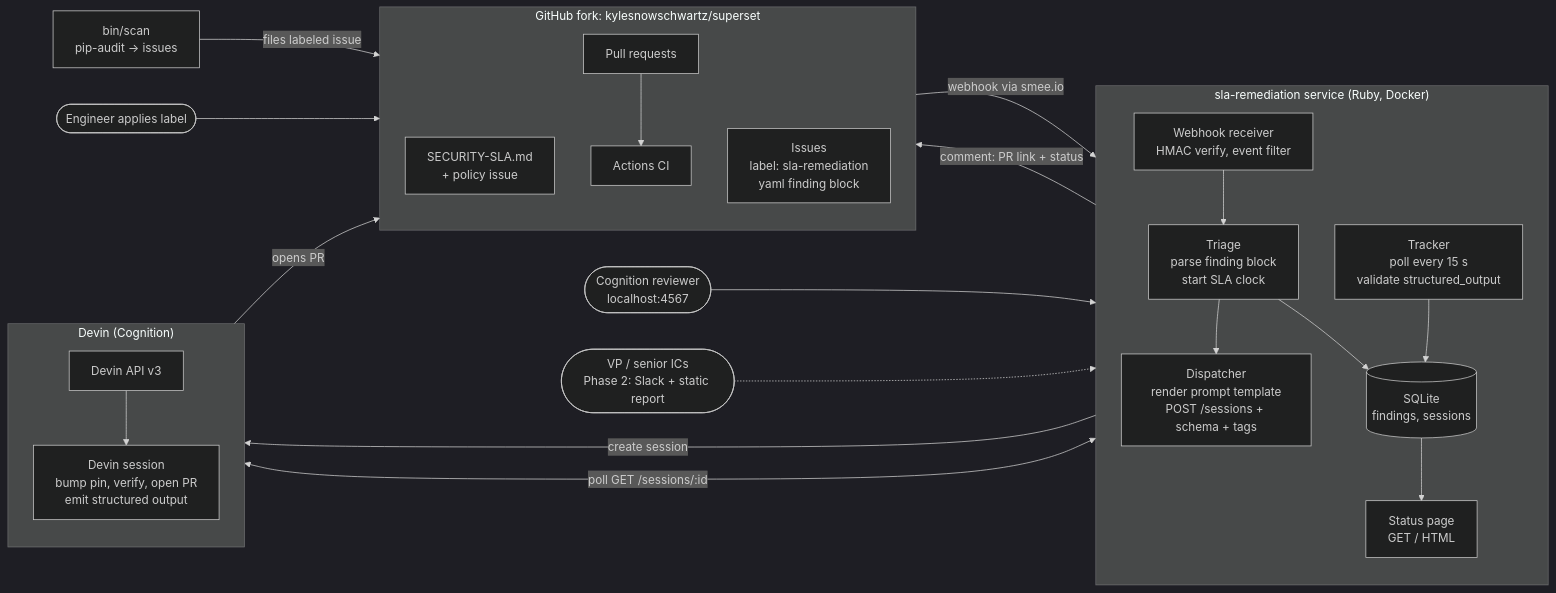
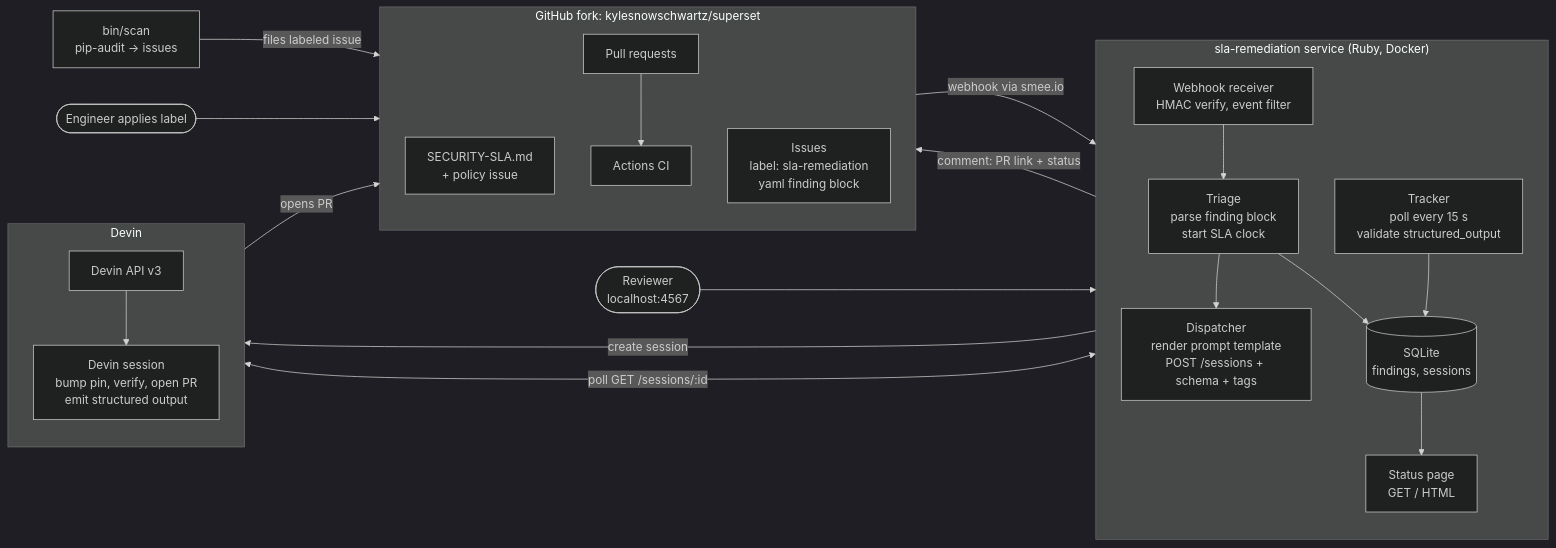
The diagram in docs/architecture.md (kylesnowschwartz/sla-remediation), drawn with Mermaid (dark theme) before and after one commit. The commit also changed other lines of this file and 1 other file, not shown here.

Commit message:
docs: cut the README and architecture doc to what a reader needs (#20)

````diff
--- a/docs/architecture.md
+++ b/docs/architecture.md
@@ -6,42 +5,36 @@
 ```mermaid
 flowchart LR
   subgraph fork["GitHub fork: kylesnowschwartz/superset"]
     direction TB
-    SLA[SECURITY-SLA.md<br/>+ policy issue]
-    ISS[Issues<br/>label: sla-remediation<br/>yaml finding block]
+    SLA[SECURITY-SLA.md<br/>+ policy issue]; ISS[Issues<br/>label: sla-remediation<br/>yaml finding block]
     PR[Pull requests]
-    CI[Actions CI]
-    PR --> CI
+    PR --> CI[Actions CI]
   end
-
   subgraph svc["sla-remediation service (Ruby, Docker)"]
     direction TB
     RX[Webhook receiver<br/>HMAC verify, event filter]
     TRI[Triage<br/>parse finding block<br/>start SLA clock]
     DSP[Dispatcher<br/>render prompt template<br/>POST /sessions + schema + tags]
     TRK[Tracker<br/>poll every 15 s<br/>validate structured_output]
     DB[(SQLite<br/>findings, sessions)]
     UI[Status page<br/>GET / HTML]
     RX --> TRI --> DSP
     TRI --> DB
     TRK --> DB
     DB --> UI
   end
-
-  subgraph devin["Devin (Cognition)"]
+  subgraph devin["Devin"]
     direction TB
     API[Devin API v3]
     VM[Devin session<br/>bump pin, verify, open PR<br/>emit structured output]
     API --> VM
   end
-
   SCAN[bin/scan<br/>pip-audit → issues] -- files labeled issue --> ISS
   ENG([Engineer applies label]) --> ISS
   ISS -- webhook via smee.io --> RX
   DSP -- create session --> API
   TRK <-- poll GET /sessions/:id --> API
   VM -- opens PR --> PR
   TRK -- comment: PR link + status --> ISS
-  REV([Cognition reviewer<br/>localhost:4567]) --> UI
-  VP([VP / senior ICs<br/>Phase 2: Slack + static report]) -.-> UI
+  REV([Reviewer<br/>localhost:4567]) --> UI
 ```
````
